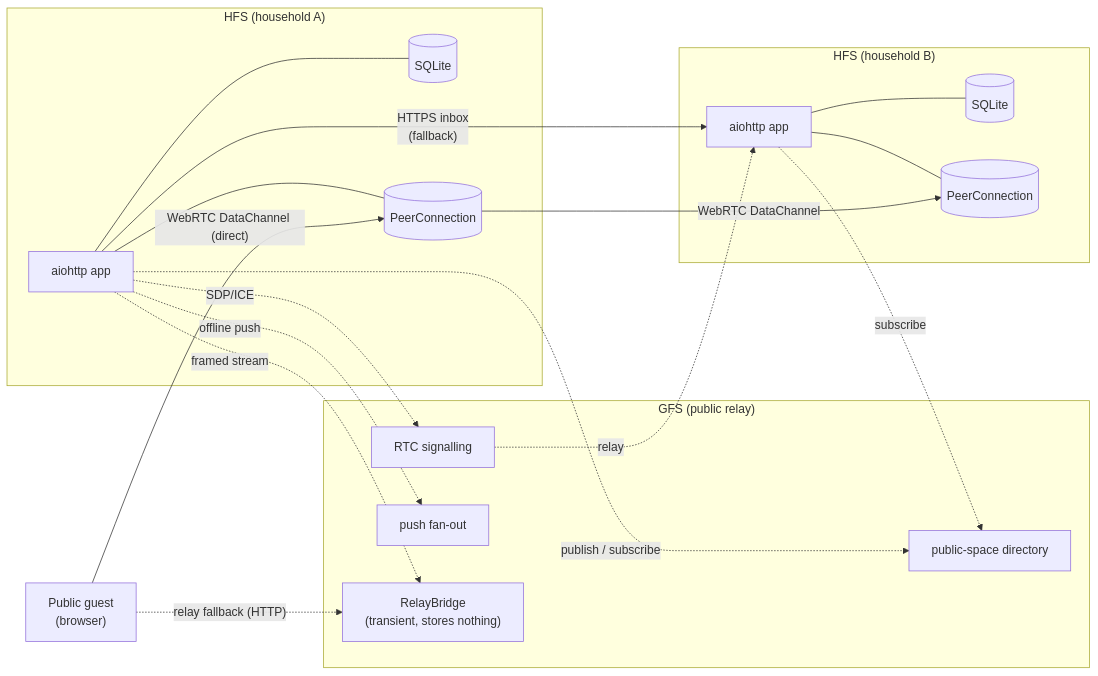
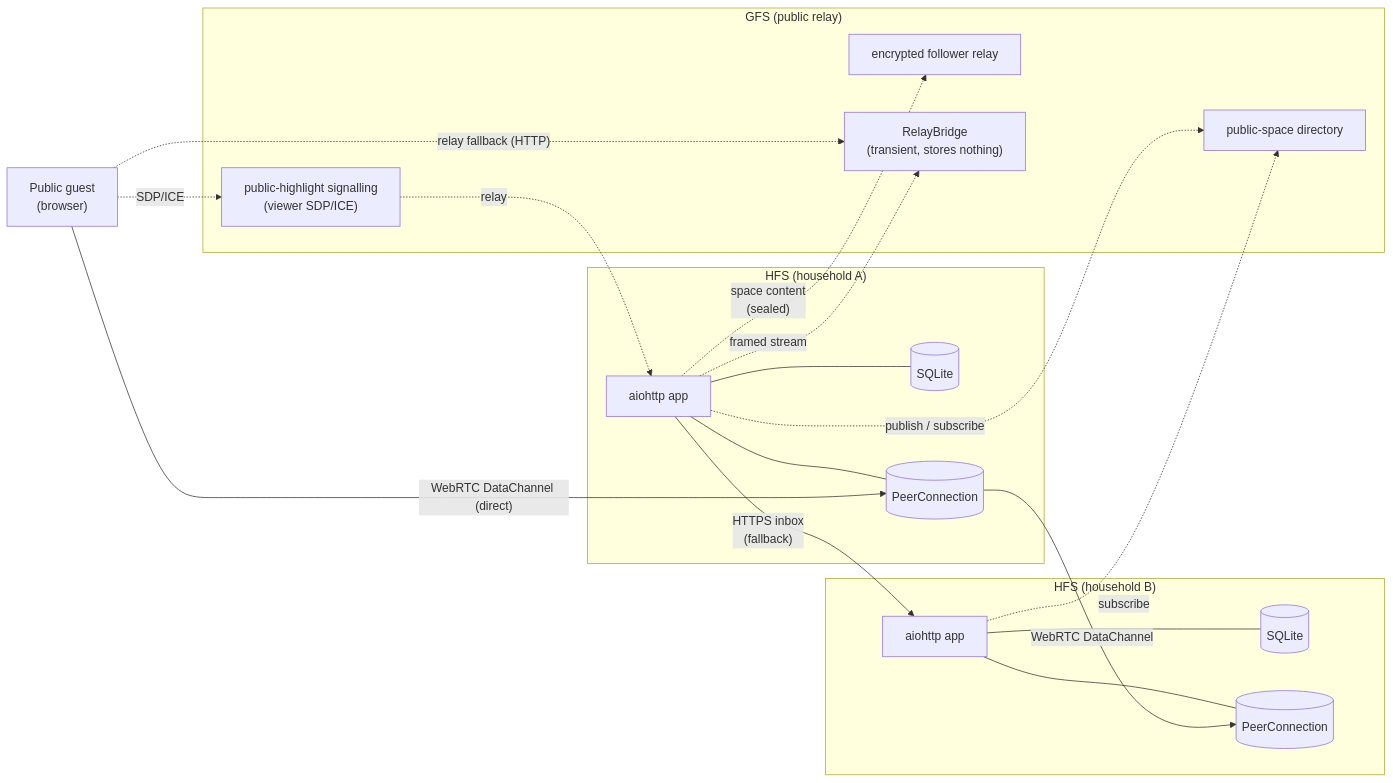
One commit to social-home-io/socialhome changed the first of 3 diagrams in docs/architecture.md. Above: the diagram before and after it, drawn with Mermaid. The commit also changed other lines of this file and 7 other files, not shown here.

First line of the commit message:
Docs: the GFS sends no push and relays no household WebRTC signalling (#1138)

````diff
--- a/docs/architecture.md
+++ b/docs/architecture.md
@@ -60,37 +67,37 @@
 ```mermaid
 flowchart LR
     subgraph HFS_A["HFS (household A)"]
         A_app["aiohttp app"]
         A_db[(SQLite)]
         A_pc[("PeerConnection")]
         A_app --- A_db
         A_app --- A_pc
     end
     subgraph HFS_B["HFS (household B)"]
         B_app["aiohttp app"]
         B_db[(SQLite)]
         B_pc[("PeerConnection")]
         B_app --- B_db
         B_app --- B_pc
     end
     subgraph GFS["GFS (public relay)"]
         G_dir["public-space directory"]
-        G_rtc["RTC signalling"]
-        G_push["push fan-out"]
+        G_relay["encrypted follower relay"]
+        G_hl["public-highlight signalling<br/>(viewer SDP/ICE)"]
         G_bridge["RelayBridge<br/>(transient, stores nothing)"]
     end
     V_pub["Public guest<br/>(browser)"]
 
     A_pc -- "WebRTC DataChannel" --> B_pc
     A_app -- "HTTPS inbox<br/>(fallback)" --> B_app
 
     A_app -. "publish / subscribe" .-> G_dir
     B_app -. "subscribe" .-> G_dir
-    A_app -. "SDP/ICE" .-> G_rtc
-    G_rtc -. "relay" .-> B_app
-    A_app -. "offline push" .-> G_push
+    A_app -. "space content<br/>(sealed)" .-> G_relay
 
+    V_pub -. "SDP/ICE" .-> G_hl
+    G_hl -. "relay" .-> A_app
     V_pub -- "WebRTC DataChannel (direct)" --> A_pc
     V_pub -. "relay fallback (HTTP)" .-> G_bridge
     A_app -. "framed stream" .-> G_bridge
 ```
````
